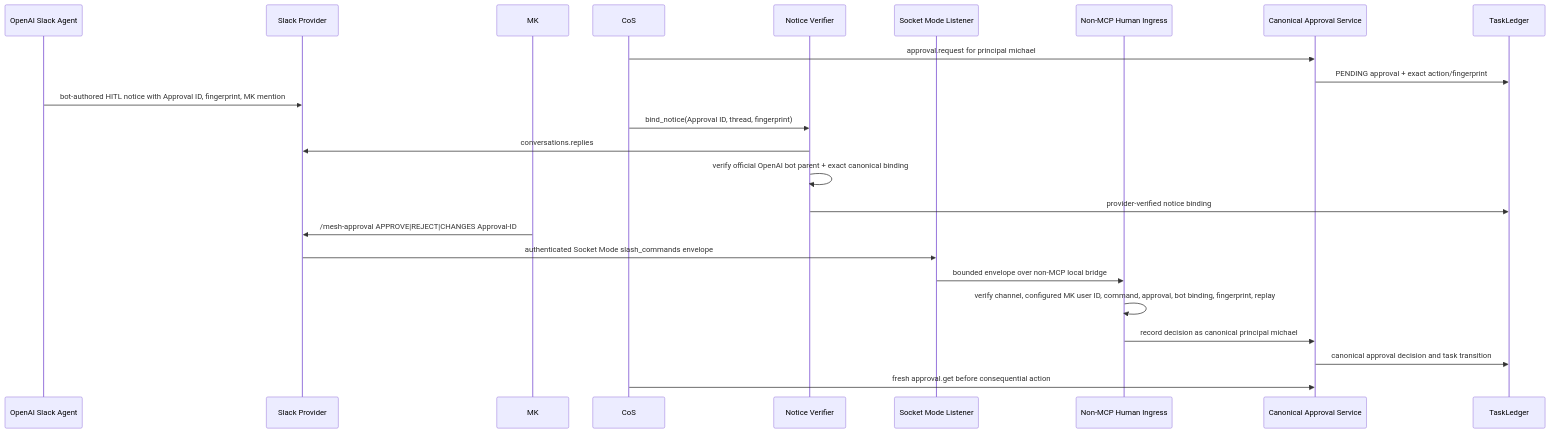
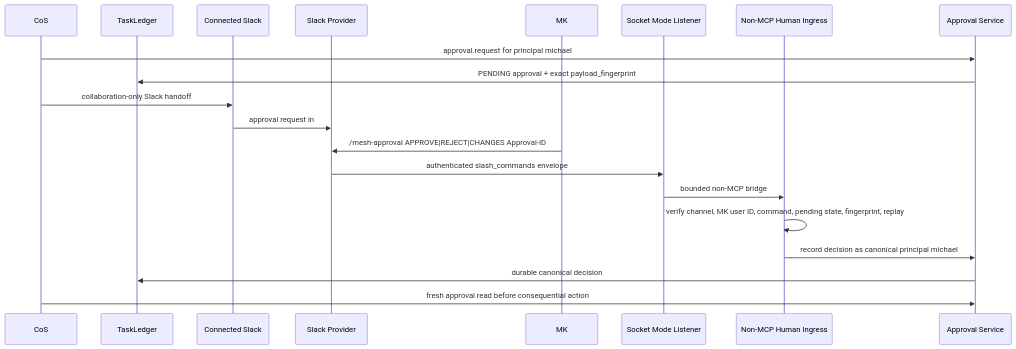
The diagram in docs/slack-agent-protocol.md (mkleinbe/mesh-ai-agent-cos-universe), drawn with Mermaid before and after one commit. The commit also changed other lines of this file, not shown here.

Commit message:
docs: simplify Slack protocol to connector collaboration plus authenticated approval ingress

````diff
--- a/docs/slack-agent-protocol.md
+++ b/docs/slack-agent-protocol.md
@@ -59,27 +23,23 @@
 ```mermaid
 sequenceDiagram
-    participant OA as OpenAI Slack Agent
+    participant COS as CoS
+    participant L as TaskLedger
+    participant CS as Connected Slack
     participant S as Slack Provider
     participant MK as MK
-    participant COS as CoS
-    participant V as Notice Verifier
     participant SM as Socket Mode Listener
     participant H as Non-MCP Human Ingress
-    participant A as Canonical Approval Service
-    participant L as TaskLedger
+    participant A as Approval Service
 
     COS->>A: approval.request for principal michael
-    A->>L: PENDING approval + exact action/fingerprint
-    OA->>S: bot-authored HITL notice with Approval ID, fingerprint, MK mention
-    COS->>V: bind_notice(Approval ID, thread, fingerprint)
-    V->>S: conversations.replies
-    V->>V: verify official OpenAI bot parent + exact canonical binding
-    V->>L: provider-verified notice binding
+    A->>L: PENDING approval + exact payload_fingerprint
+    COS->>CS: collaboration-only Slack handoff
+    CS->>S: approval request in #mesh-agent-ops
     MK->>S: /mesh-approval APPROVE|REJECT|CHANGES Approval-ID
-    S->>SM: authenticated Socket Mode slash_commands envelope
-    SM->>H: bounded envelope over non-MCP local bridge
-    H->>H: verify channel, configured MK user ID, command, approval, bot binding, fingerprint, replay
+    S->>SM: authenticated slash_commands envelope
+    SM->>H: bounded non-MCP bridge
+    H->>H: verify channel, MK user ID, command, pending state, fingerprint, replay
     H->>A: record decision as canonical principal michael
-    A->>L: canonical approval decision and task transition
-    COS->>A: fresh approval.get before consequential action
+    A->>L: durable canonical decision
+    COS->>A: fresh approval read before consequential action
 ```
````
